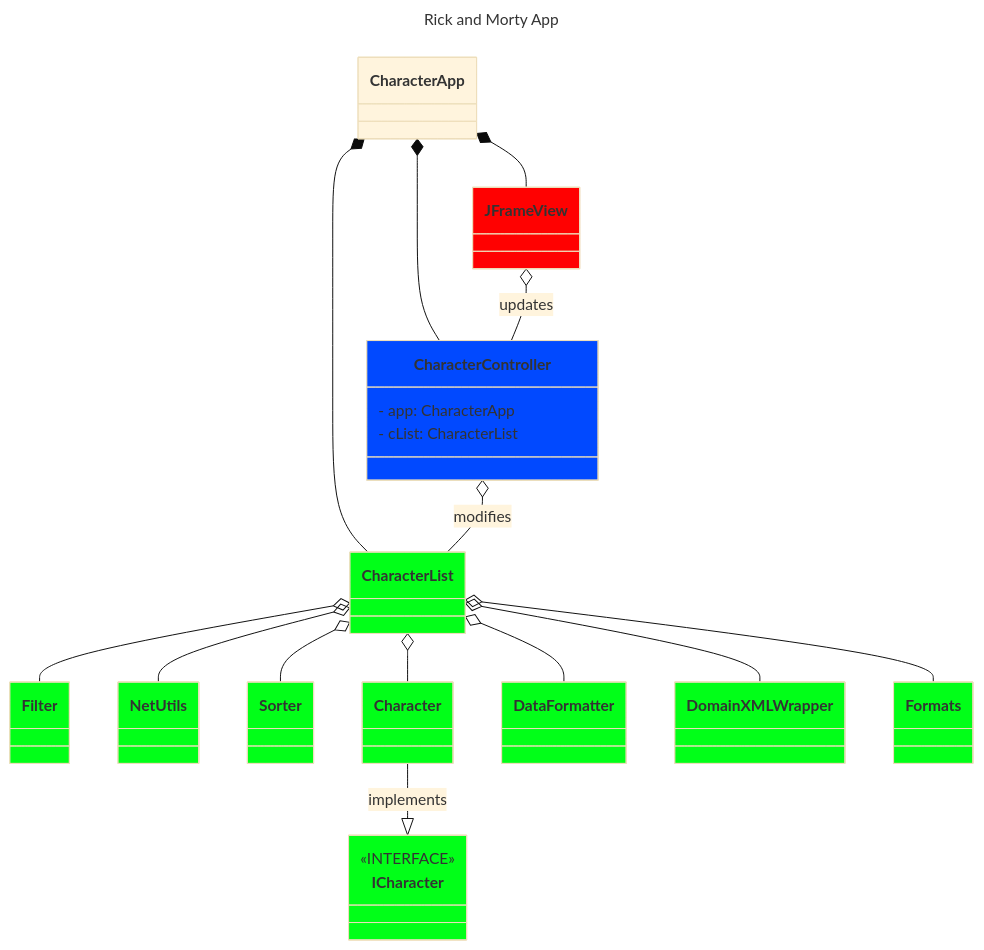
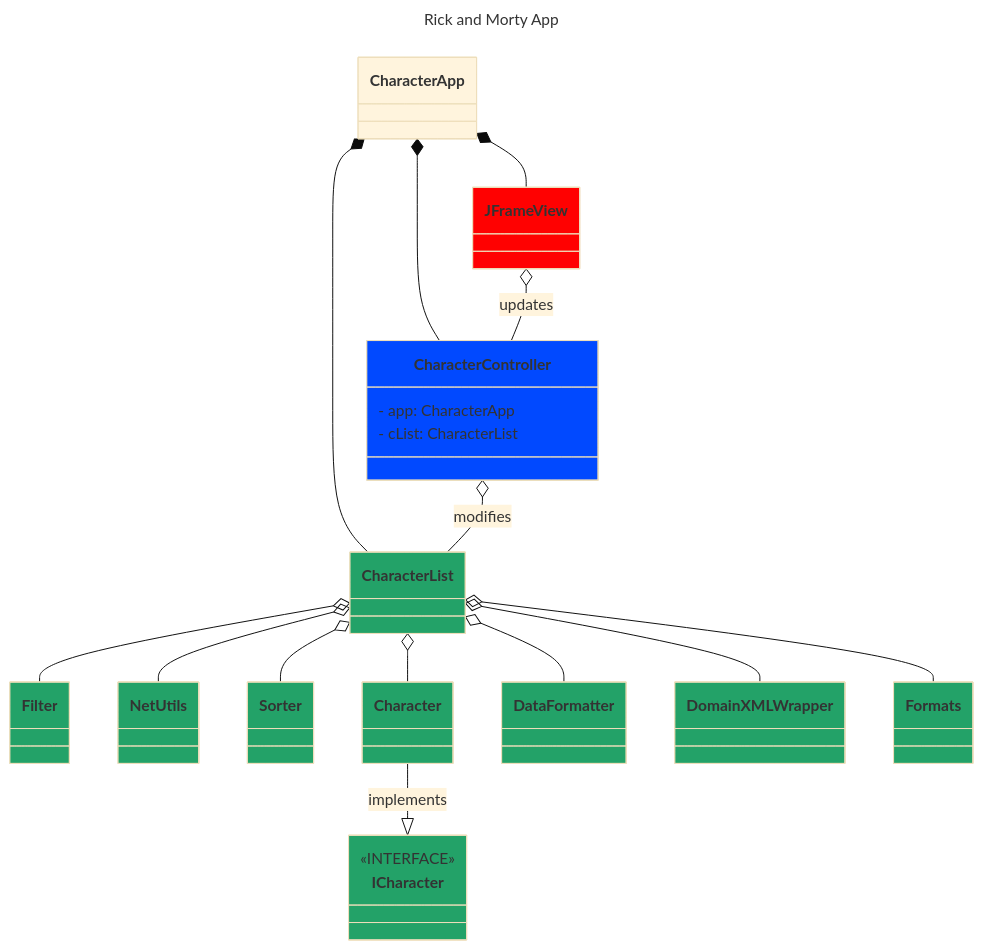
One commit to Su24-CS5004-Online-Lionelle/final-project-group-10 changed the diagram in DesignDocuments/InitialUML.md. Above: the diagram before and after it, drawn with Mermaid (base theme).

````diff
--- a/DesignDocuments/InitialUML.md
+++ b/DesignDocuments/InitialUML.md
@@ -1,71 +1,71 @@
 ```mermaid
 ---
 title: Rick and Morty App
 ---
 classDiagram
     direction TB
     class CharacterApp{
  }
     class JFrameView{
         
  }
     class Filter{
         
     }
     class NetUtils{
         
     }
     class Sorter{
         
     }
     class Character{
         
     }
     Character --|> ICharacter: implements
     class ICharacter{
         <<INTERFACE>>
     }
     class DataFormatter{
         
     }
     class DomainXMLWrapper{
         
     }
     class Formats{
         
     }
     class CharacterController{
          - app: CharacterApp
          - cList: CharacterList
     }
     class CharacterList{
         
     }
     CharacterApp *-- JFrameView
     CharacterApp *-- CharacterController
     CharacterApp *-- CharacterList
     JFrameView o-- CharacterController: updates
     CharacterController o-- CharacterList: modifies
     CharacterList o-- Character
     CharacterList o-- Filter
     CharacterList o-- DataFormatter
     CharacterList o-- DomainXMLWrapper
     CharacterList o-- NetUtils
     CharacterList o-- Sorter
     CharacterList o-- Formats
     
 
-    style DataFormatter fill:#01FF18
-    style CharacterList fill:#01FF18
-    style DomainXMLWrapper fill:#01FF18
-    style Formats fill:#01FF18
-    style NetUtils fill:#01FF18
-    style Sorter fill:#01FF18
-    style Character fill:#01FF18
-    style Filter fill:#01FF18
-    style ICharacter fill:#01FF18
+    style DataFormatter fill:#23A268
+    style CharacterList fill:#23A268
+    style DomainXMLWrapper fill:#23A268
+    style Formats fill:#23A268
+    style NetUtils fill:#23A268
+    style Sorter fill:#23A268
+    style Character fill:#23A268
+    style Filter fill:#23A268
+    style ICharacter fill:#23A268
     style JFrameView fill: #FF0101
     style CharacterController fill:#0149FF
 
 
 ```
````
